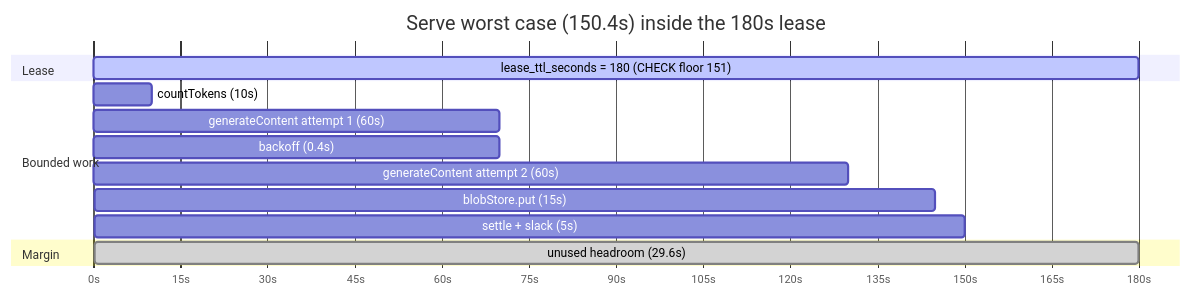
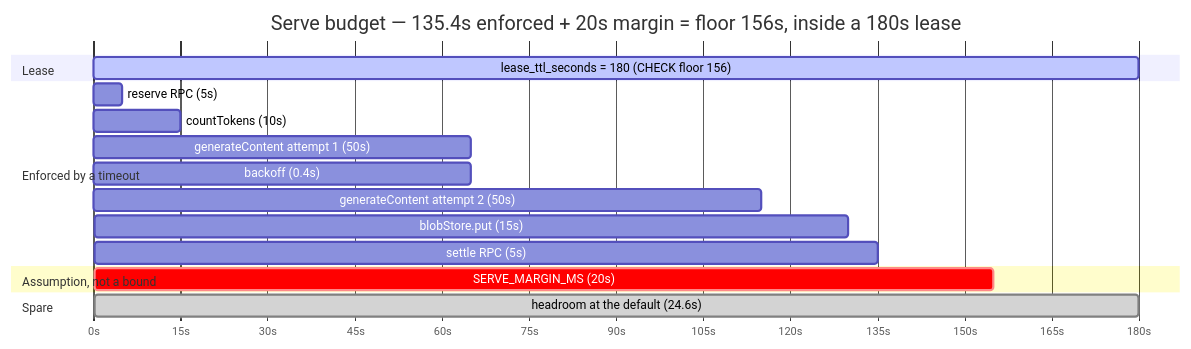
One commit to kujinlee/youtube-playlist-summaries-cloud changed the first of 3 diagrams in docs/superpowers/specs/2026-08-10-serve-path-deadline-design.md. Above: the diagram before and after it, drawn with Mermaid. The commit also changed other lines of this file and 1 other file, not shown here.

````diff
--- a/docs/superpowers/specs/2026-08-10-serve-path-deadline-design.md
+++ b/docs/superpowers/specs/2026-08-10-serve-path-deadline-design.md
@@ -235,20 +299,24 @@
 ```mermaid
 gantt
-    title Serve worst case (150.4s) inside the 180s lease
+    title Serve budget — 135.4s enforced + 20s margin = floor 156s, inside a 180s lease
     dateFormat X
     axisFormat %ss
 
     section Lease
-    lease_ttl_seconds = 180 (CHECK floor 151)  :active, 0, 180
+    lease_ttl_seconds = 180 (CHECK floor 156)   :active, 0, 180
 
-    section Bounded work
-    countTokens (10s)              :a1, 0, 10
-    generateContent attempt 1 (60s):a2, 10, 70
-    backoff (0.4s)                 :a3, 70, 70
-    generateContent attempt 2 (60s):a4, 70, 130
-    blobStore.put (15s)            :a5, 130, 145
-    settle + slack (5s)            :a6, 145, 150
+    section Enforced by a timeout
+    reserve RPC (5s)                :a0, 0, 5
+    countTokens (10s)               :a1, 5, 15
+    generateContent attempt 1 (50s) :a2, 15, 65
+    backoff (0.4s)                  :a3, 65, 65
+    generateContent attempt 2 (50s) :a4, 65, 115
+    blobStore.put (15s)             :a5, 115, 130
+    settle RPC (5s)                 :a6, 130, 135
 
-    section Margin
-    unused headroom (29.6s)        :done, 150, 180
+    section Assumption, not a bound
+    SERVE_MARGIN_MS (20s)           :crit, 135, 155
+
+    section Spare
+    headroom at the default (24.6s) :done, 155, 180
 ```
````
